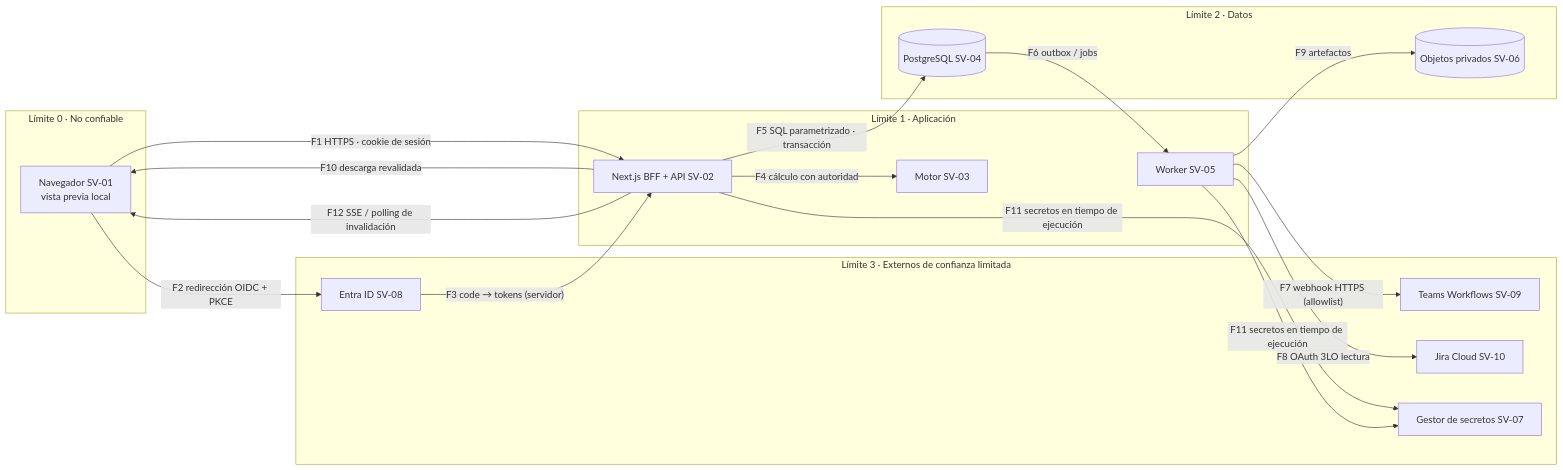
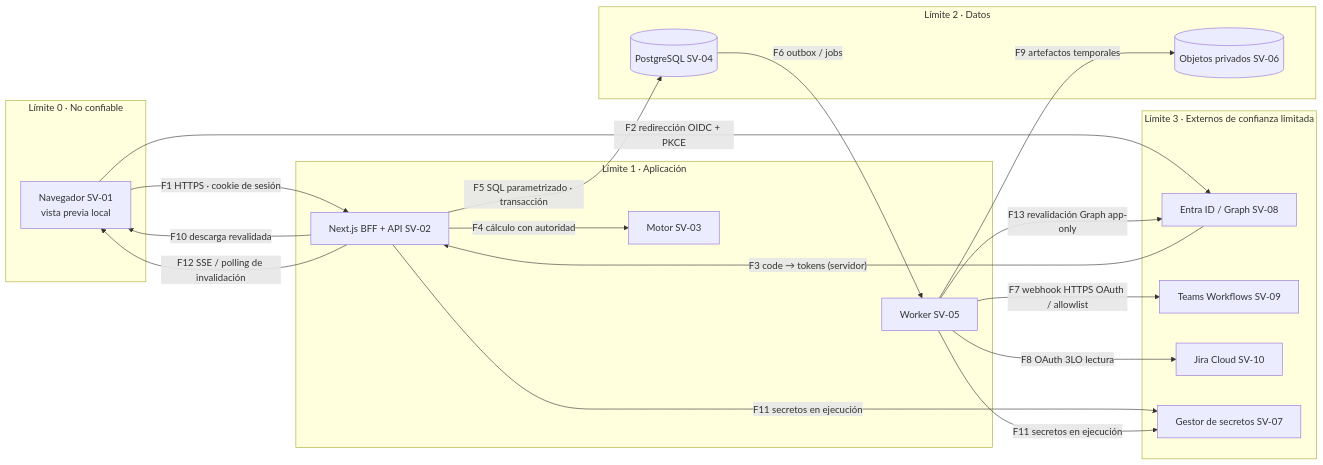
Before and after one commit to Asserta-Global-Healthcare-Solutions/gantt: the diagram in docs/f0/AP-005-02-modelo-amenazas.md, drawn with Mermaid. The commit also changed other lines of this file and 5 other files, not shown here.

Commit message:
docs(AP-005): correcciones técnicas de sesiones, Graph, Teams, ENS Anexo II, ASVS 5.0.0, continuidad y RF-34

````diff
--- a/docs/f0/AP-005-02-modelo-amenazas.md
+++ b/docs/f0/AP-005-02-modelo-amenazas.md
@@ -7,33 +7,34 @@
 ```mermaid
 flowchart LR
   subgraph TB0[Límite 0 · No confiable]
     U[Navegador SV-01<br/>vista previa local]
   end
   subgraph TB1[Límite 1 · Aplicación]
     W[Next.js BFF + API SV-02]
     E[Motor SV-03]
     K[Worker SV-05]
   end
   subgraph TB2[Límite 2 · Datos]
     P[(PostgreSQL SV-04)]
     O[(Objetos privados SV-06)]
   end
   subgraph TB3[Límite 3 · Externos de confianza limitada]
-    ID[Entra ID SV-08]
+    ID[Entra ID / Graph SV-08]
     T[Teams Workflows SV-09]
     J[Jira Cloud SV-10]
     S[Gestor de secretos SV-07]
   end
   U -- F1 HTTPS · cookie de sesión --> W
   U -- F2 redirección OIDC + PKCE --> ID
   ID -- F3 code → tokens (servidor) --> W
   W -- F4 cálculo con autoridad --> E
   W -- F5 SQL parametrizado · transacción --> P
   P -- F6 outbox / jobs --> K
-  K -- F7 webhook HTTPS (allowlist) --> T
+  K -- F7 webhook HTTPS OAuth / allowlist --> T
   K -- F8 OAuth 3LO lectura --> J
-  K -- F9 artefactos --> O
+  K -- F9 artefactos temporales --> O
   W -- F10 descarga revalidada --> U
-  W & K -- F11 secretos en tiempo de ejecución --> S
+  W & K -- F11 secretos en ejecución --> S
   W -- F12 SSE / polling de invalidación --> U
+  K -- F13 revalidación Graph app-only --> ID
 ```
````
